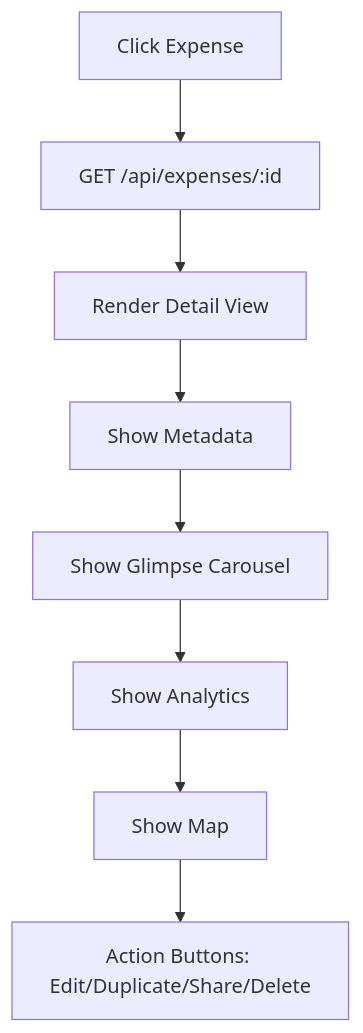
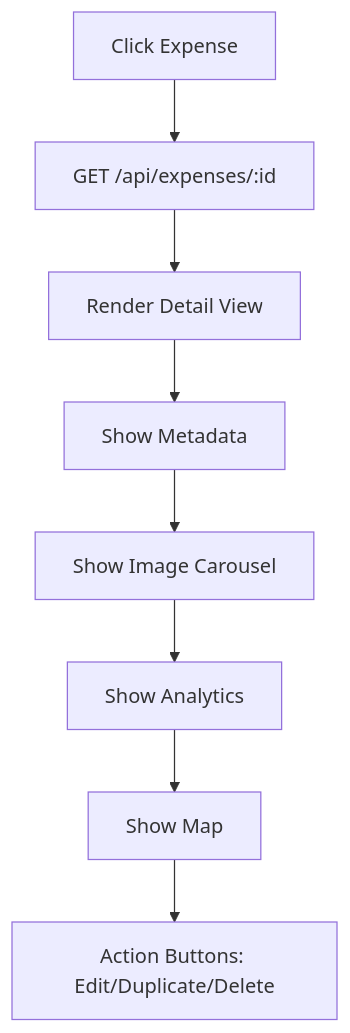
One commit to bharatbhusal/track-my-biryani changed the third of 4 diagrams in docs/UX.md. Above: the diagram before and after it, drawn with Mermaid. The commit also changed other lines of this file and 55 other files, not shown here.

````diff
--- a/docs/UX.md
+++ b/docs/UX.md
@@ -104,10 +95,10 @@
 ```mermaid
 flowchart TD
   A[Click Expense] --> B[GET /api/expenses/:id]
   B --> C[Render Detail View]
   C --> D[Show Metadata]
-  D --> E[Show Glimpse Carousel]
+  D --> E[Show Image Carousel]
   E --> F[Show Analytics]
   F --> G[Show Map]
-  G --> H[Action Buttons: Edit/Duplicate/Share/Delete]
+  G --> H[Action Buttons: Edit/Duplicate/Delete]
 ```
````
